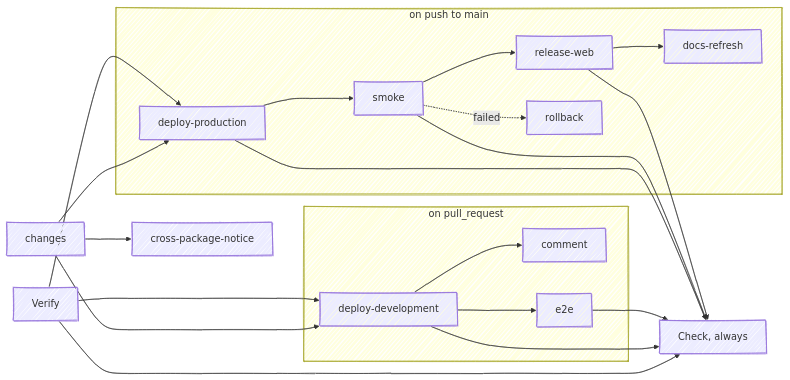
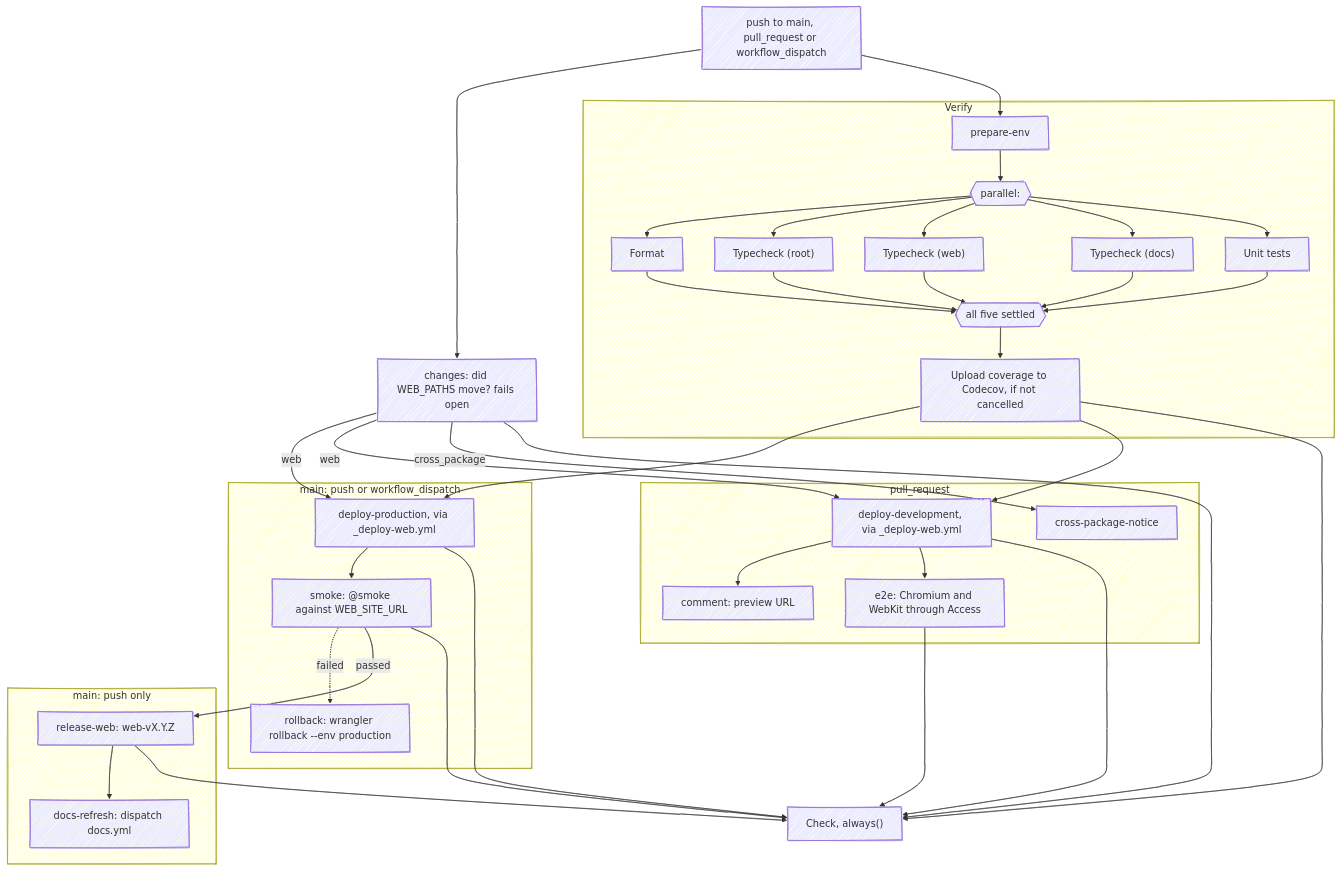
One commit to fbuireu/forever-pto changed the first of 3 diagrams in apps/docs/src/content/docs/infra/workflows.mdx. Above: the diagram before and after it, drawn with Mermaid. The commit also changed other lines of this file and 9 other files, not shown here.

````diff
--- a/apps/docs/src/content/docs/infra/workflows.mdx
+++ b/apps/docs/src/content/docs/infra/workflows.mdx
@@ -25,19 +28,32 @@
 ```mermaid
 ---
 config:
   look: handDrawn
   layout: dagre
 ---
-flowchart LR
-  CH[changes] --> DP & DD
-  V[Verify] --> DP & DD
-  subgraph main [on push to main]
-    DP[deploy-production] --> SM[smoke] --> RW[release-web] --> DR[docs-refresh]
-    SM -. failed .-> RB[rollback]
+flowchart TD
+  EVT["push to main, pull_request or workflow_dispatch"] --> CH & PE
+  CH["changes: did WEB_PATHS move? fails open"]
+  subgraph verify ["Verify"]
+    PE["prepare-env"] --> FORK{{"parallel:"}}
+    FORK --> FMT["Format"] & TR["Typecheck (root)"] & TW["Typecheck (web)"] & TDOC["Typecheck (docs)"] & UT["Unit tests"]
+    FMT & TR & TW & TDOC & UT --> JOIN{{"all five settled"}}
+    JOIN --> CC["Upload coverage to Codecov, if not cancelled"]
   end
-  subgraph pr [on pull_request]
-    DD[deploy-development] --> CM[comment] & E2E[e2e]
+  subgraph onmain ["main: push or workflow_dispatch"]
+    DP["deploy-production, via _deploy-web.yml"] --> SM["smoke: @smoke against WEB_SITE_URL"]
+    SM -. "failed" .-> RB["rollback: wrangler rollback --env production"]
   end
-  CH --> XN[cross-package-notice]
-  V & DP & DD & E2E & SM & RW --> CK[Check, always]
+  subgraph pushonly ["main: push only"]
+    RW["release-web: web-vX.Y.Z"] --> DR["docs-refresh: dispatch docs.yml"]
+  end
+  subgraph onpr ["pull_request"]
+    DD["deploy-development, via _deploy-web.yml"] --> CM["comment: preview URL"] & E2E["e2e: Chromium and WebKit through Access"]
+    XN["cross-package-notice"]
+  end
+  CH -- "web" --> DP & DD
+  CC --> DP & DD
+  SM -- "passed" --> RW
+  CH -- "cross_package" --> XN
+  CH & CC & DD & E2E & DP & SM & RW --> CK["Check, always()"]
 ```
````
